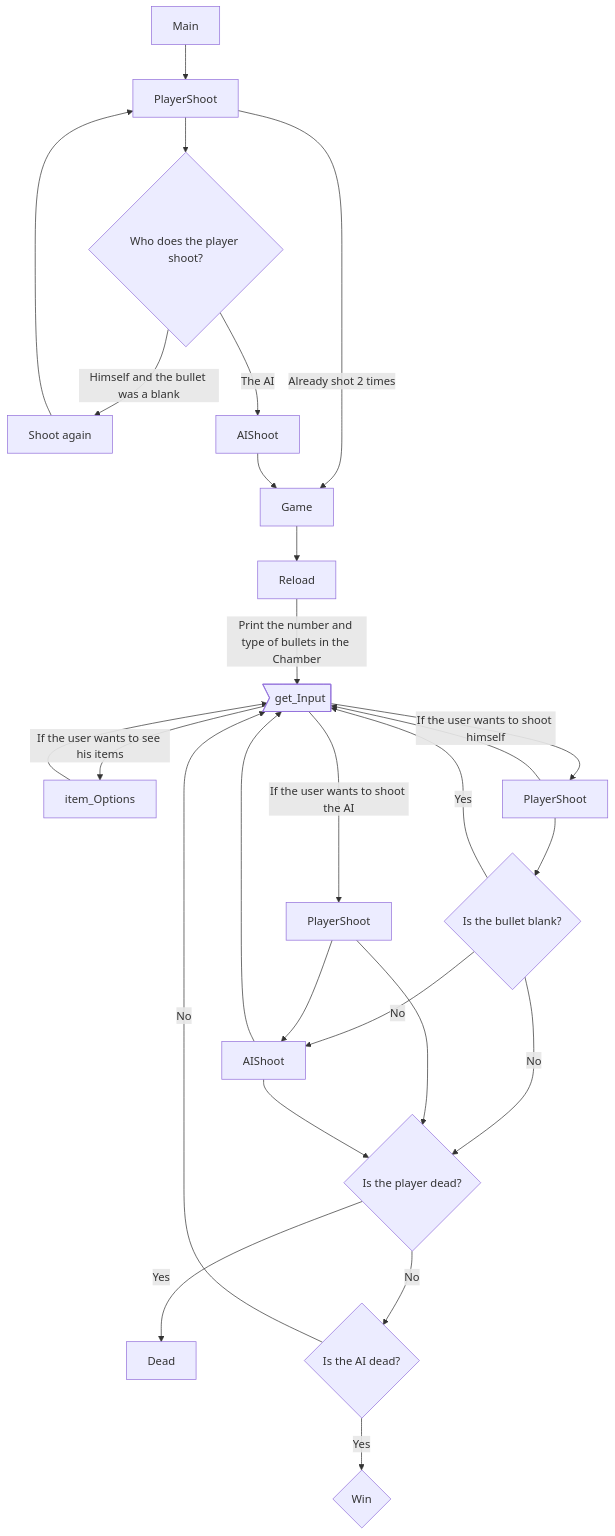
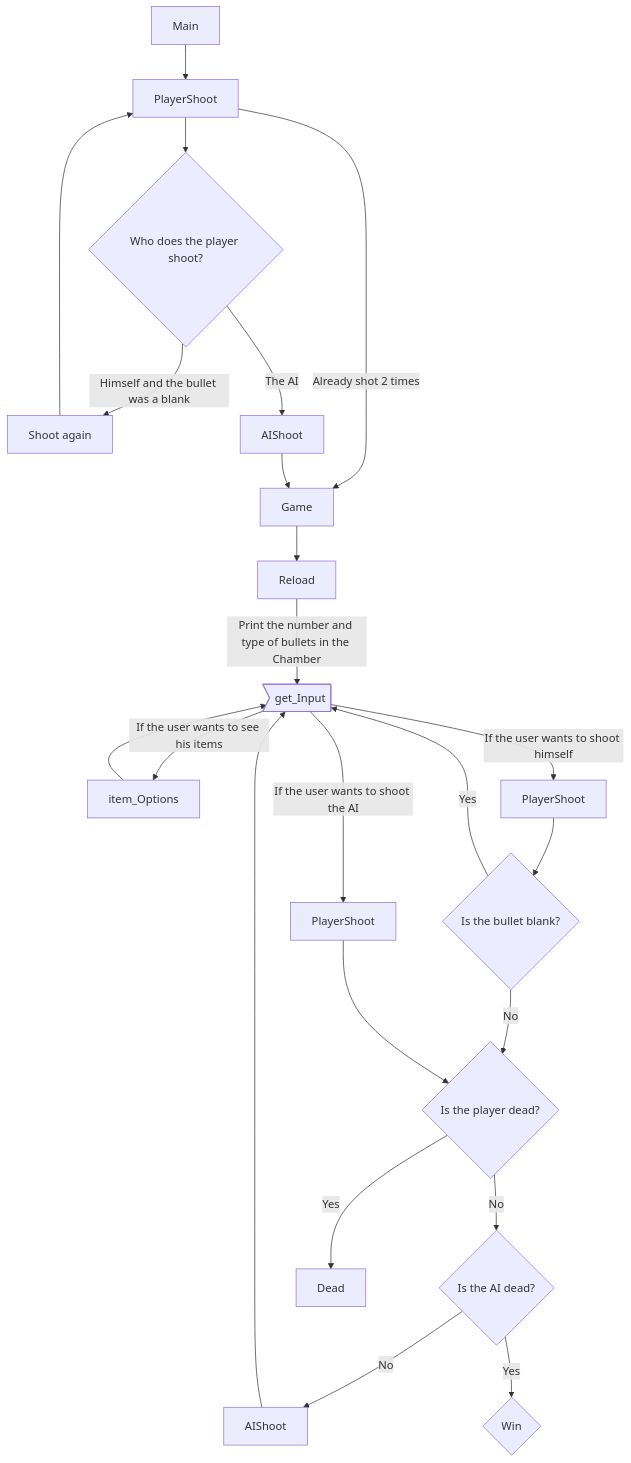
Before and after one commit to HugoNogueira05/FEUP-Projects: the diagram in Python/README.md, drawn with Mermaid.

````diff
--- a/Python/README.md
+++ b/Python/README.md
@@ -25,29 +25,26 @@
 ```mermaid
 flowchart TD
     A[Main]-->B[PlayerShoot]
     B-->C{Who does the player shoot?}
     C-->|Himself and the bullet was a blank| D[Shoot again]
     D-->B
     C-->|The AI| E[AIShoot]
     B-->|Already shot 2 times| F[Game]
     E-->F
     F-->G[Reload]
     G-->|Print the number and type of bullets in the Chamber| H>get_Input]
     H-->|If the user wants to see his items| I[item_Options]
     H-->|If the user wants to shoot himself| J[PlayerShoot]
     J-->L{Is the bullet blank?}
     L-->|Yes| H
-    L-->|No| K[AIShoot] & test3{Is the player dead?}
+    L-->|No| test3{Is the player dead?}
     H-->|If the user wants to shoot the AI| M[PlayerShoot]
-    M-->K
-    J-->H
-    K-->H
     I-->H
     M-->test3
-    K-->test3
+    test3-->|No| test4{Is the AI dead?}
+    test4-->|No| K[AIShoot]
+    K-->H
+    test4-->|Yes| win{Win}
     test3-->|Yes| loss[Dead]
-    test3-->|No| test4{Is the AI dead?}
-    test4-->|Yes| win{Win}
-    test4-->|No| H
 
 ```
````
